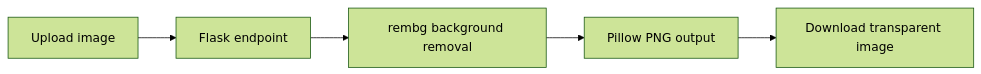
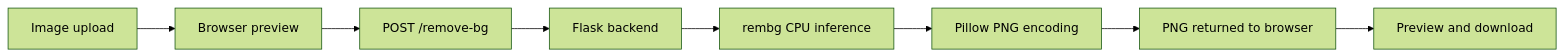
One commit to SujalRevankar/Background-Remover changed the diagram in README.md. Above: the diagram before and after it, drawn with Mermaid (forest theme). The commit also changed other lines of this file, not shown here.

Commit message:
docs: expand project README with architecture and usage

````diff
--- a/README.md
+++ b/README.md
@@ -28,7 +17,10 @@
 ```mermaid
 flowchart LR
-  A[Upload image] --> B[Flask endpoint]
-  B --> C[rembg background removal]
-  C --> D[Pillow PNG output]
-  D --> E[Download transparent image]
+  A[Image upload] --> B[Browser preview]
+  B --> C[POST /remove-bg]
+  C --> D[Flask backend]
+  D --> E[rembg CPU inference]
+  E --> F[Pillow PNG encoding]
+  F --> G[PNG returned to browser]
+  G --> H[Preview and download]
 ```
````
